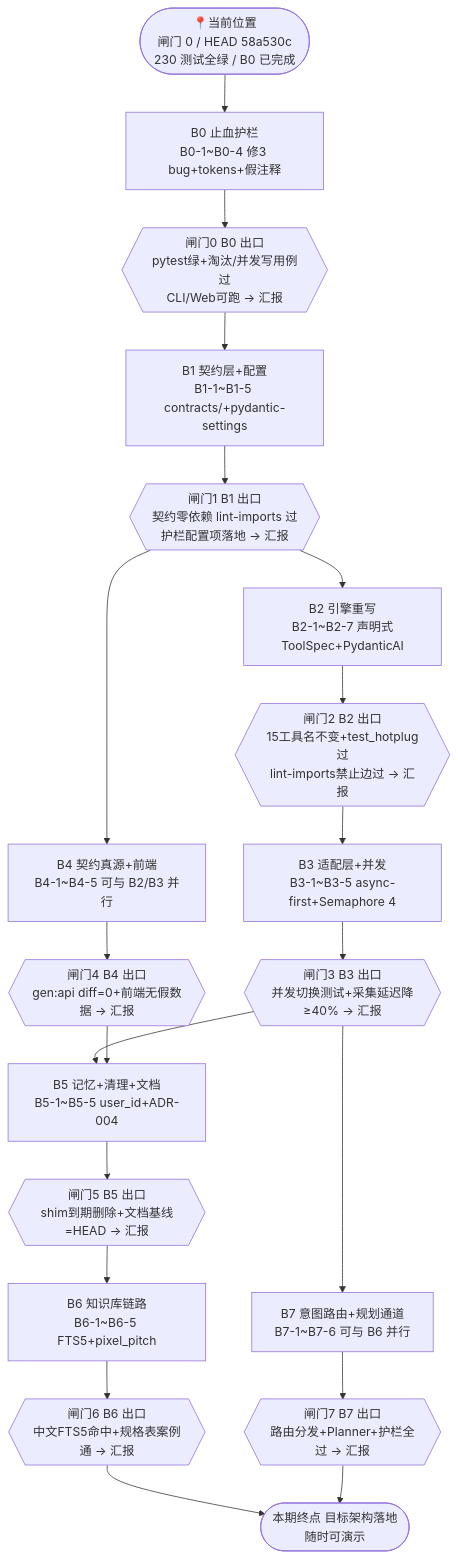
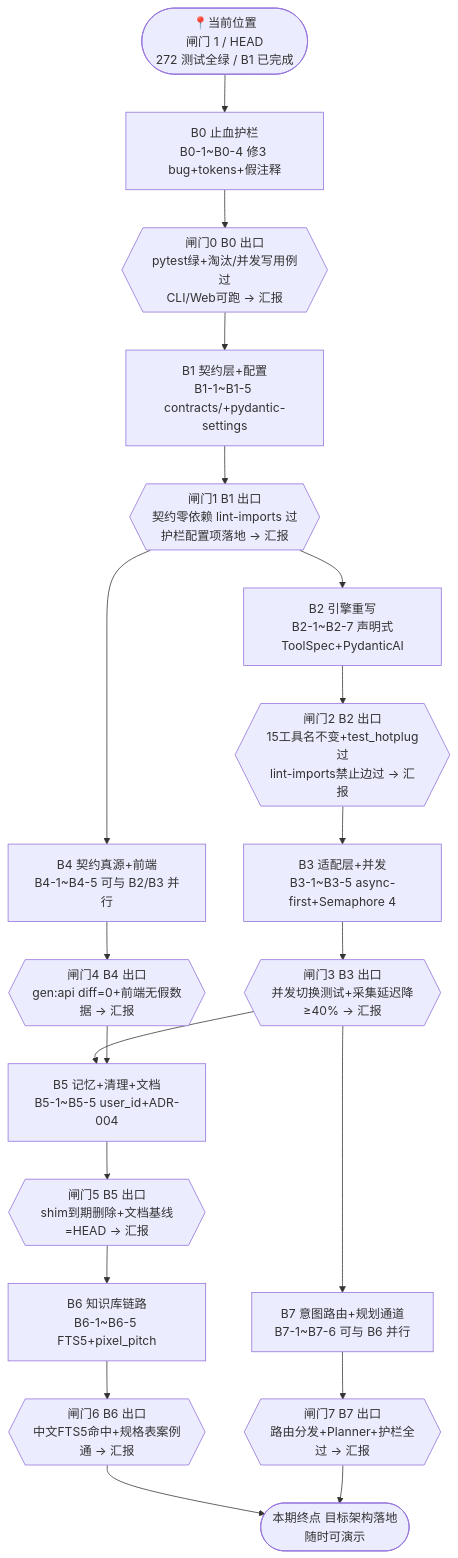
The diagram in docs/codex-longterm-goal.md (North-Q/LightTrail), drawn with Mermaid before and after one commit. The commit also changed other lines of this file and 3 other files, not shown here.

````diff
--- a/docs/codex-longterm-goal.md
+++ b/docs/codex-longterm-goal.md
@@ -24,23 +24,23 @@
 ```mermaid
 graph TD
-    S([📍当前位置<br/>闸门 0 / HEAD 58a530c<br/>230 测试全绿 / B0 已完成]) --> B0
+    S([📍当前位置<br/>闸门 1 / HEAD <B1 收口提交><br/>272 测试全绿 / B1 已完成]) --> B0
 
     B0[B0 止血护栏<br/>B0-1~B0-4 修3 bug+tokens+假注释] --> G0{{闸门0 B0 出口<br/>pytest绿+淘汰/并发写用例过<br/>CLI/Web可跑 → 汇报}}
     G0 --> B1[B1 契约层+配置<br/>B1-1~B1-5 contracts/+pydantic-settings]
     B1 --> G1{{闸门1 B1 出口<br/>契约零依赖 lint-imports 过<br/>护栏配置项落地 → 汇报}}
     G1 --> B2[B2 引擎重写<br/>B2-1~B2-7 声明式ToolSpec+PydanticAI]
     G1 --> B4[B4 契约真源+前端<br/>B4-1~B4-5 可与 B2/B3 并行]
     B2 --> G2{{闸门2 B2 出口<br/>15工具名不变+test_hotplug过<br/>lint-imports禁止边过 → 汇报}}
     G2 --> B3[B3 适配层+并发<br/>B3-1~B3-5 async-first+Semaphore 4]
     B4 --> G4{{闸门4 B4 出口<br/>gen:api diff=0+前端无假数据 → 汇报}}
     B3 --> G3{{闸门3 B3 出口<br/>并发切换测试+采集延迟降≥40% → 汇报}}
     G3 --> B5[B5 记忆+清理+文档<br/>B5-1~B5-5 user_id+ADR-004]
     G4 --> B5
     B5 --> G5{{闸门5 B5 出口<br/>shim到期删除+文档基线=HEAD → 汇报}}
     G5 --> B6[B6 知识库链路<br/>B6-1~B6-5 FTS5+pixel_pitch]
     G3 --> B7[B7 意图路由+规划通道<br/>B7-1~B7-6 可与 B6 并行]
     B6 --> G6{{闸门6 B6 出口<br/>中文FTS5命中+规格表案例通 → 汇报}}
     B7 --> G7{{闸门7 B7 出口<br/>路由分发+Planner+护栏全过 → 汇报}}
     G6 --> Z([本期终点 目标架构落地<br/>随时可演示])
     G7 --> Z
 ```
````
